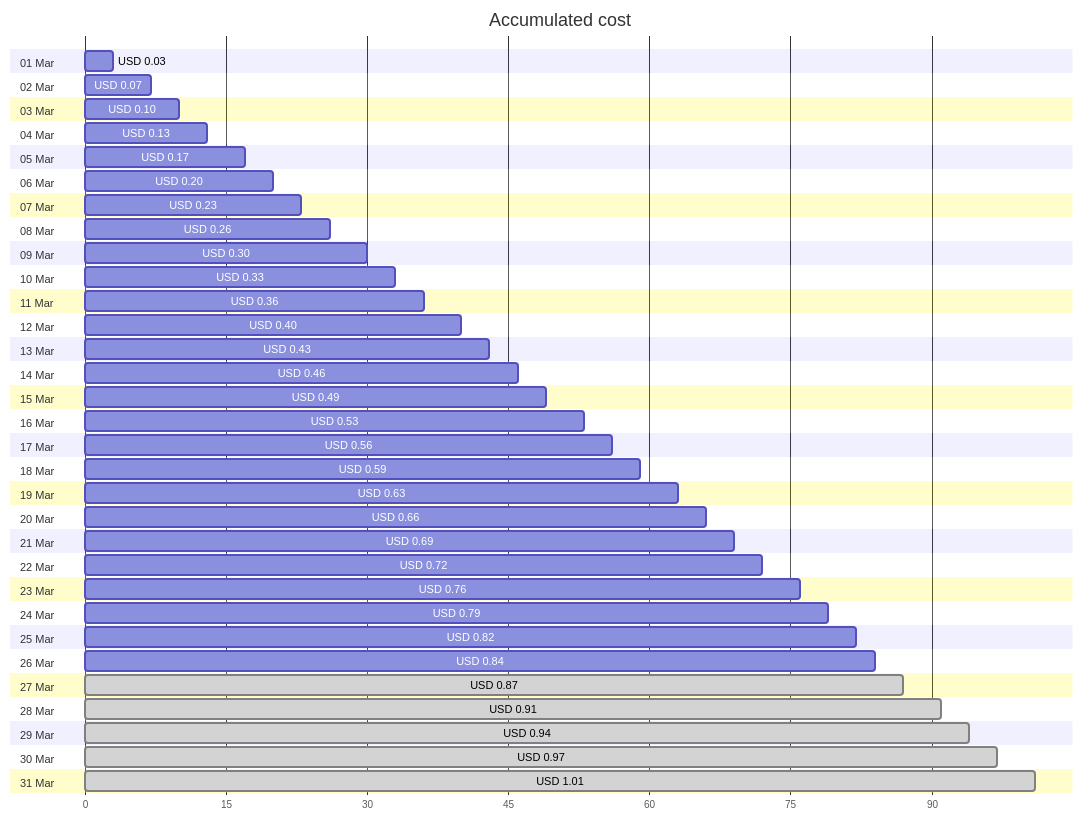
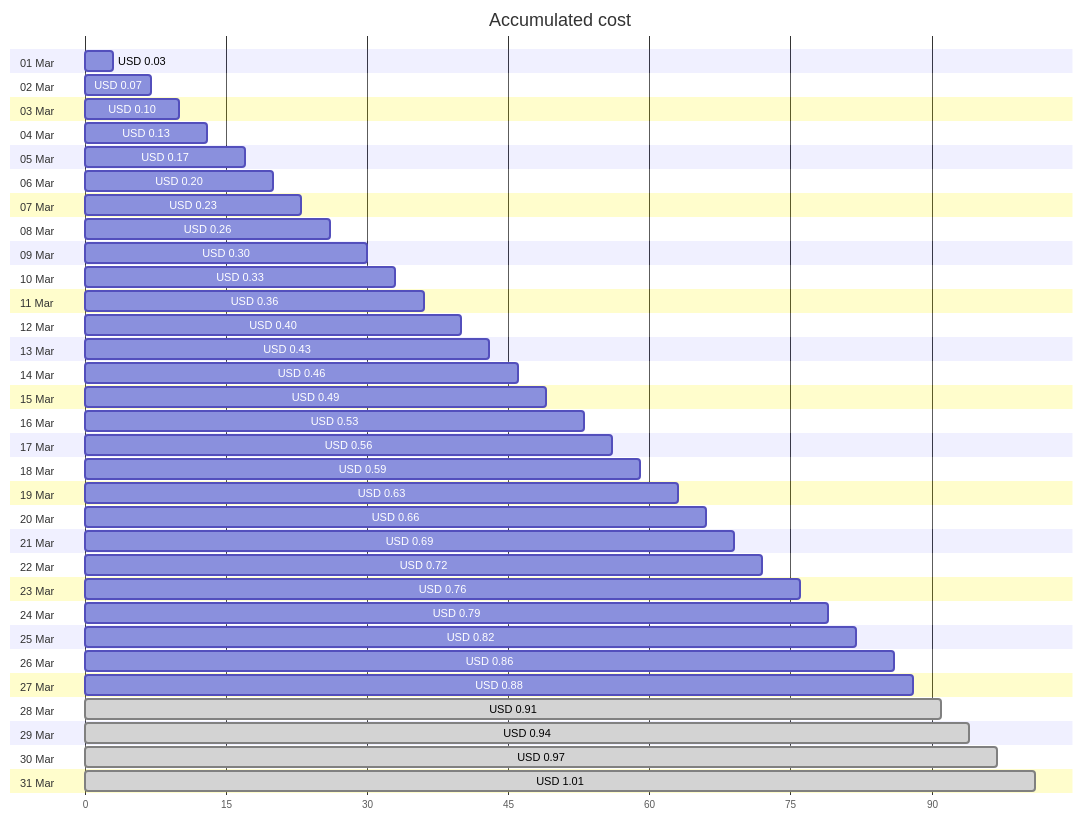
Before and after one commit to jpfulton/azure-personal-reports: the first of 4 diagrams in cost-reports/personal-dns/README.md, drawn with Mermaid. The commit also changed other lines of this file and 2 other files, not shown here.

````diff
--- a/cost-reports/personal-dns/README.md
+++ b/cost-reports/personal-dns/README.md
@@ -20,68 +20,68 @@
 ```mermaid
 gantt
    title Accumulated cost
    dateFormat  X
    axisFormat %s
    section 01 Mar
    USD 0.03 :0, 3
    section 02 Mar
    USD 0.07 :0, 7
    section 03 Mar
    USD 0.10 :0, 10
    section 04 Mar
    USD 0.13 :0, 13
    section 05 Mar
    USD 0.17 :0, 17
    section 06 Mar
    USD 0.20 :0, 20
    section 07 Mar
    USD 0.23 :0, 23
    section 08 Mar
    USD 0.26 :0, 26
    section 09 Mar
    USD 0.30 :0, 30
    section 10 Mar
    USD 0.33 :0, 33
    section 11 Mar
    USD 0.36 :0, 36
    section 12 Mar
    USD 0.40 :0, 40
    section 13 Mar
    USD 0.43 :0, 43
    section 14 Mar
    USD 0.46 :0, 46
    section 15 Mar
    USD 0.49 :0, 49
    section 16 Mar
    USD 0.53 :0, 53
    section 17 Mar
    USD 0.56 :0, 56
    section 18 Mar
    USD 0.59 :0, 59
    section 19 Mar
    USD 0.63 :0, 63
    section 20 Mar
    USD 0.66 :0, 66
    section 21 Mar
    USD 0.69 :0, 69
    section 22 Mar
    USD 0.72 :0, 72
    section 23 Mar
    USD 0.76 :0, 76
    section 24 Mar
    USD 0.79 :0, 79
    section 25 Mar
    USD 0.82 :0, 82
    section 26 Mar
-   USD 0.84 :0, 84
+   USD 0.86 :0, 86
    section 27 Mar
-   USD 0.87 : done, 0, 87
+   USD 0.88 :0, 88
    section 28 Mar
    USD 0.91 : done, 0, 91
    section 29 Mar
    USD 0.94 : done, 0, 94
    section 30 Mar
    USD 0.97 : done, 0, 97
    section 31 Mar
    USD 1.01 : done, 0, 101
 ```
````
